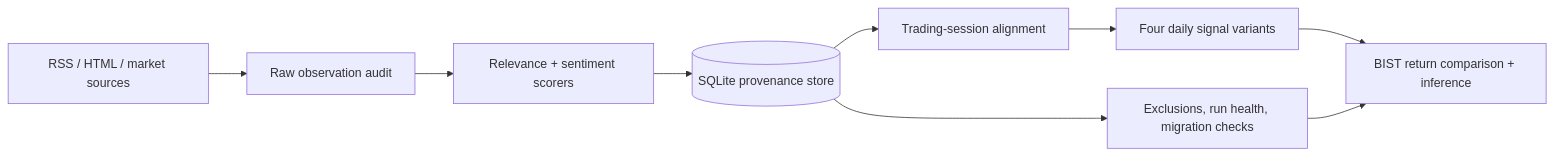
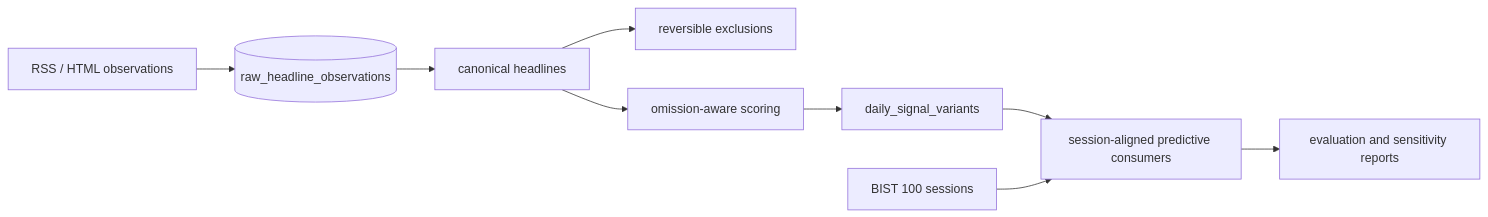
Before and after one commit to amirremirr/Turkish-stock-market-sentiment-analysis: the diagram in README.md, drawn with Mermaid. The commit also changed other lines of this file, not shown here.

````diff
--- a/README.md
+++ b/README.md
@@ -59,11 +177,11 @@
 ```mermaid
 flowchart LR
-    A[RSS / HTML / market sources] --> B[Raw observation audit]
-    B --> C[Relevance + sentiment scorers]
-    C --> D[(SQLite provenance store)]
-    D --> E[Trading-session alignment]
-    E --> F[Four daily signal variants]
-    F --> G[BIST return comparison + inference]
-    D --> H[Exclusions, run health, migration checks]
-    H --> G
+    A[RSS / HTML observations] --> B[(raw_headline_observations)]
+    B --> C[canonical headlines]
+    C --> X[reversible exclusions]
+    C --> D[omission-aware scoring]
+    D --> E[daily_signal_variants]
+    E --> F[session-aligned predictive consumers]
+    G[BIST 100 sessions] --> F
+    F --> H[evaluation and sensitivity reports]
 ```
````
